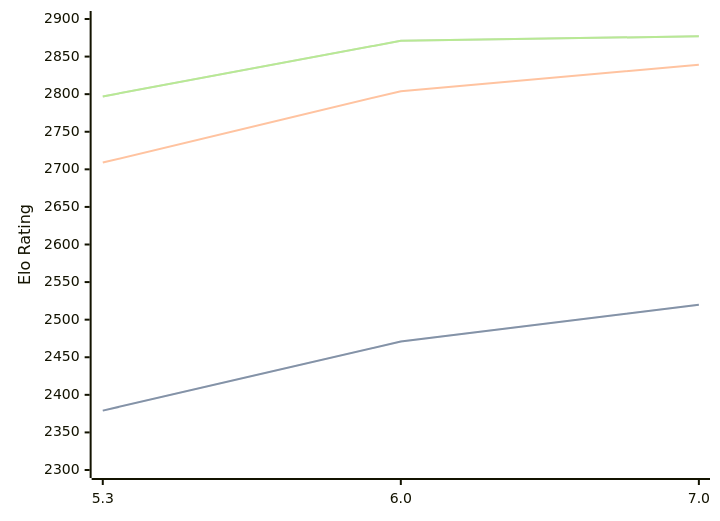
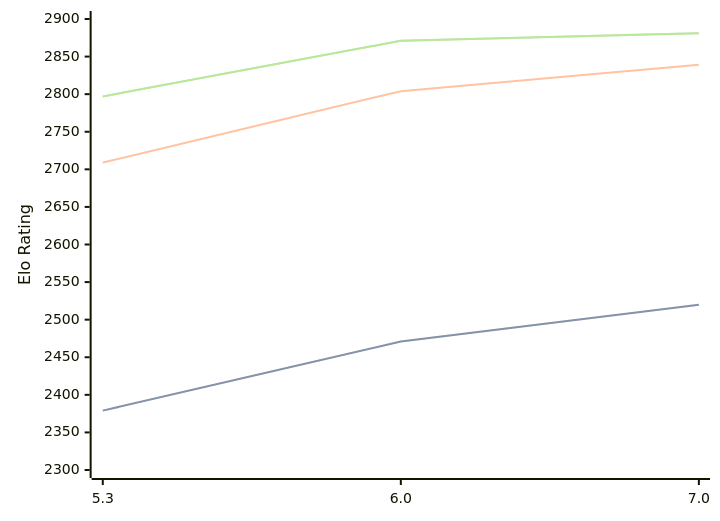
One commit to computer-chess-index/cci changed the diagram in engines/tomitankChess.md. Above: the diagram before and after it, drawn with Mermaid. The commit also changed other lines of this file, not shown here.

Commit message:
Update CCI Ratings (ELO VLTC) - 2026-07-29

````diff
--- a/engines/tomitankChess.md
+++ b/engines/tomitankChess.md
@@ -41,11 +41,11 @@
 ```mermaid
 %%{init: {"theme":"base","themeVariables":{"seriesColors:['#a3a3a3','#222221','#faa371']}}}%%
 xychart-beta
   x-axis ["5.3", "6.0", "7.0"]
   y-axis "Elo Rating" 2300 --> 2900
   line "STC (8.0+0.08s)" [2379, 2471, 2520]
   line "STC (8.0+0.08s)" [2379, 2471, 2520]
   line "LTC (60.0+0.60s)" [2709, 2804, 2839]
-  line "VLTC (2m24s+1.12s)" [2797, 2871, 2877]
-  line "VLTC (2m24s+1.12s)" [2797, 2871, 2877]
+  line "VLTC (2m24s+1.12s)" [2797, 2871, 2881]
+  line "VLTC (2m24s+1.12s)" [2797, 2871, 2881]
 ```
````
